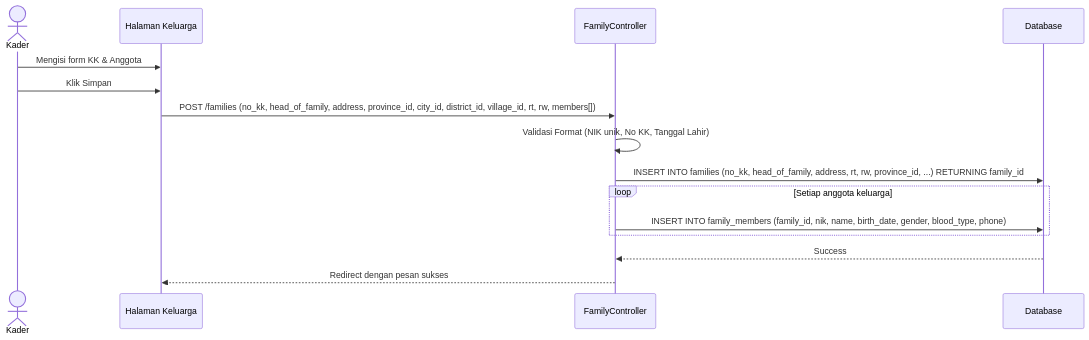
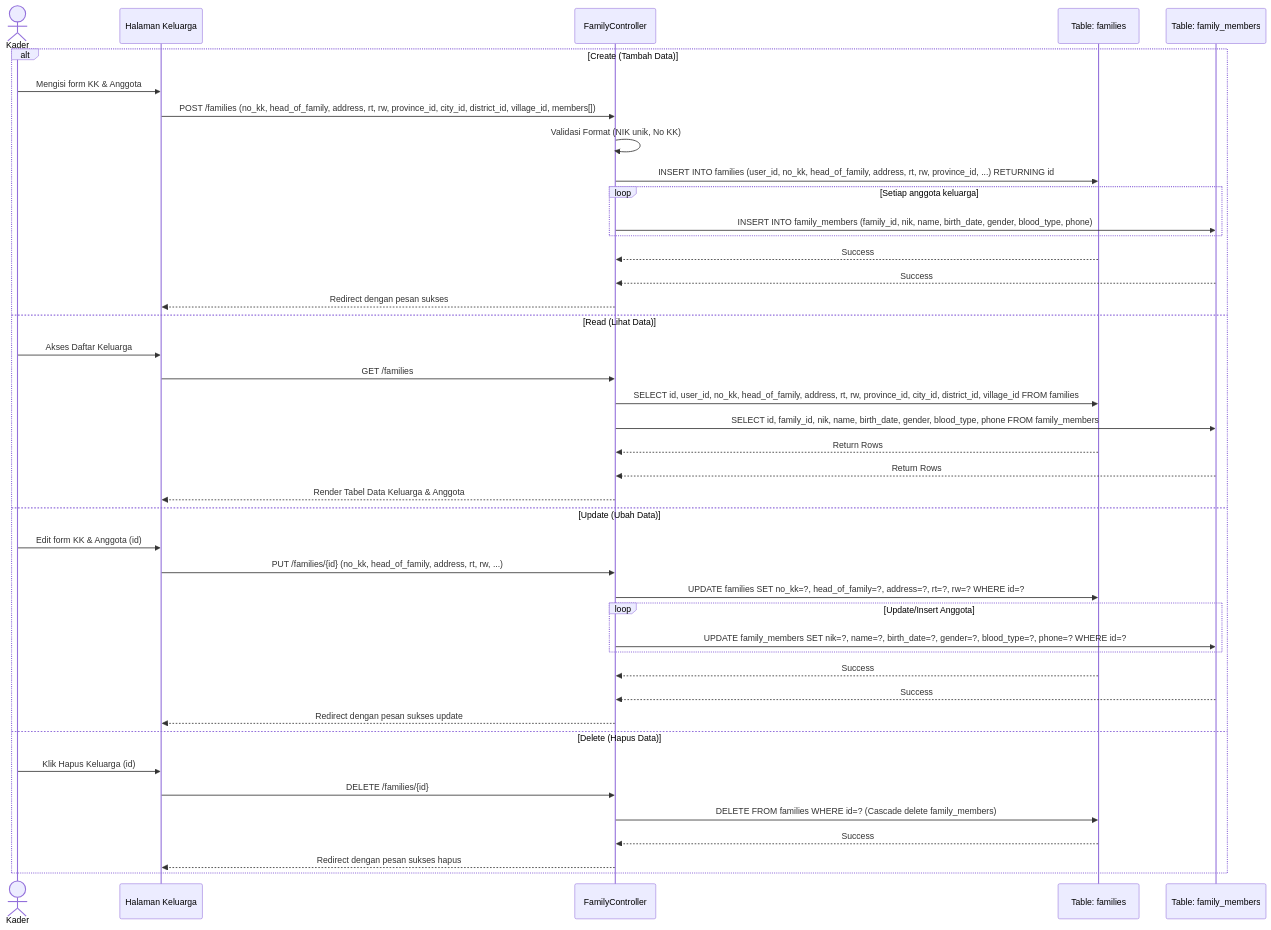
Diagram 11 of 17 in doc/UML.md (imamzaenuddin/sipintar), drawn with Mermaid before and after one commit. The commit also changed other lines of this file, not shown here.

Commit message:
docs: add comprehensive UML documentation for SiPintar system architecture

````diff
--- a/doc/UML.md
+++ b/doc/UML.md
@@ -276,18 +276,45 @@
 ```mermaid
 sequenceDiagram
     actor Kader
     participant View as Halaman Keluarga
     participant Controller as FamilyController
-    participant DB as Database
+    participant tbl_families as Table: families
+    participant tbl_family_members as Table: family_members
 
-    Kader->>View: Mengisi form KK & Anggota
-    Kader->>View: Klik Simpan
-    View->>Controller: POST /families (no_kk, head_of_family, address, province_id, city_id, district_id, village_id, rt, rw, members[])
-    Controller->>Controller: Validasi Format (NIK unik, No KK, Tanggal Lahir)
-    Controller->>DB: INSERT INTO families (no_kk, head_of_family, address, rt, rw, province_id, ...) RETURNING family_id
-    loop Setiap anggota keluarga
-        Controller->>DB: INSERT INTO family_members (family_id, nik, name, birth_date, gender, blood_type, phone)
+    alt Create (Tambah Data)
+        Kader->>View: Mengisi form KK & Anggota
+        View->>Controller: POST /families (no_kk, head_of_family, address, rt, rw, province_id, city_id, district_id, village_id, members[])
+        Controller->>Controller: Validasi Format (NIK unik, No KK)
+        Controller->>tbl_families: INSERT INTO families (user_id, no_kk, head_of_family, address, rt, rw, province_id, ...) RETURNING id
+        loop Setiap anggota keluarga
+            Controller->>tbl_family_members: INSERT INTO family_members (family_id, nik, name, birth_date, gender, blood_type, phone)
+        end
+        tbl_families-->>Controller: Success
+        tbl_family_members-->>Controller: Success
+        Controller-->>View: Redirect dengan pesan sukses
+    else Read (Lihat Data)
+        Kader->>View: Akses Daftar Keluarga
+        View->>Controller: GET /families
+        Controller->>tbl_families: SELECT id, user_id, no_kk, head_of_family, address, rt, rw, province_id, city_id, district_id, village_id FROM families
+        Controller->>tbl_family_members: SELECT id, family_id, nik, name, birth_date, gender, blood_type, phone FROM family_members
+        tbl_families-->>Controller: Return Rows
+        tbl_family_members-->>Controller: Return Rows
+        Controller-->>View: Render Tabel Data Keluarga & Anggota
+    else Update (Ubah Data)
+        Kader->>View: Edit form KK & Anggota (id)
+        View->>Controller: PUT /families/{id} (no_kk, head_of_family, address, rt, rw, ...)
+        Controller->>tbl_families: UPDATE families SET no_kk=?, head_of_family=?, address=?, rt=?, rw=? WHERE id=?
+        loop Update/Insert Anggota
+            Controller->>tbl_family_members: UPDATE family_members SET nik=?, name=?, birth_date=?, gender=?, blood_type=?, phone=? WHERE id=?
+        end
+        tbl_families-->>Controller: Success
+        tbl_family_members-->>Controller: Success
+        Controller-->>View: Redirect dengan pesan sukses update
+    else Delete (Hapus Data)
+        Kader->>View: Klik Hapus Keluarga (id)
+        View->>Controller: DELETE /families/{id}
+        Controller->>tbl_families: DELETE FROM families WHERE id=? (Cascade delete family_members)
+        tbl_families-->>Controller: Success
+        Controller-->>View: Redirect dengan pesan sukses hapus
     end
-    DB-->>Controller: Success
-    Controller-->>View: Redirect dengan pesan sukses
 ```
````
